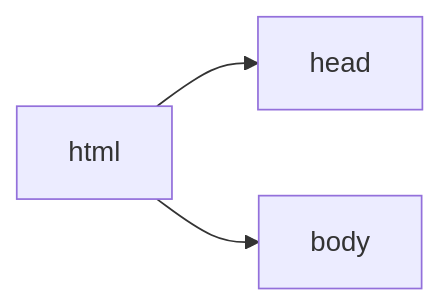
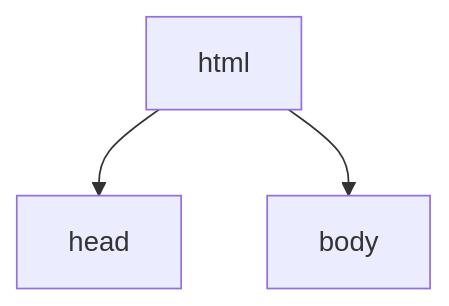
The first of 7 diagrams in 40-the-DOM/structure.qmd (ale66/learn-web), drawn with Mermaid before and after one commit. The commit also changed other lines of this file and 165 other files, not shown here.

````diff
--- a/40-the-DOM/structure.qmd
+++ b/40-the-DOM/structure.qmd
@@ -84,5 +85,7 @@
 ```{mermaid}
 %%| echo: false
-flowchart LR
-  A[html] --> B[head] & C[body]
+flowchart TD
+  A[html] --> B[head]
+  A[html] --> C[body]
+
 ```
````
